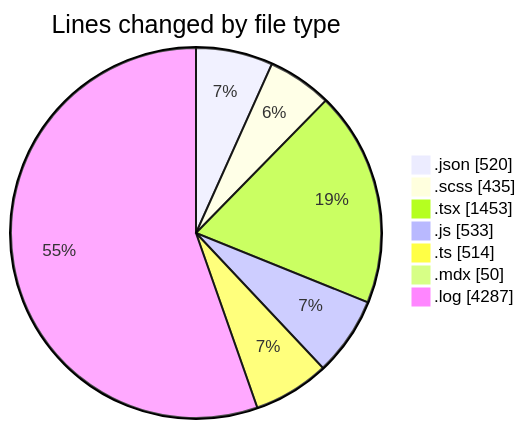
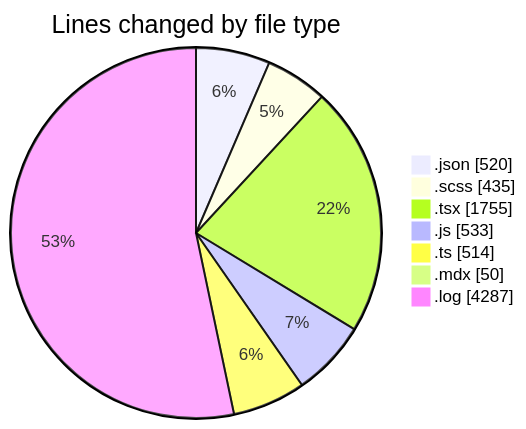
One commit to momahboobian/code-tracking changed the first of 2 diagrams in 2026-04-20/cda/README.md. Above: the diagram before and after it, drawn with Mermaid. The commit also changed other lines of this file and 1 other file, not shown here.

````diff
--- a/2026-04-20/cda/README.md
+++ b/2026-04-20/cda/README.md
@@ -40,11 +40,11 @@
 ```mermaid
 pie showData
 title Lines changed by file type
 ".json" : 520
 ".scss" : 435
-".tsx" : 1453
+".tsx" : 1755
 ".js" : 533
 ".ts" : 514
 ".mdx" : 50
 ".log" : 4287
 ```
````
